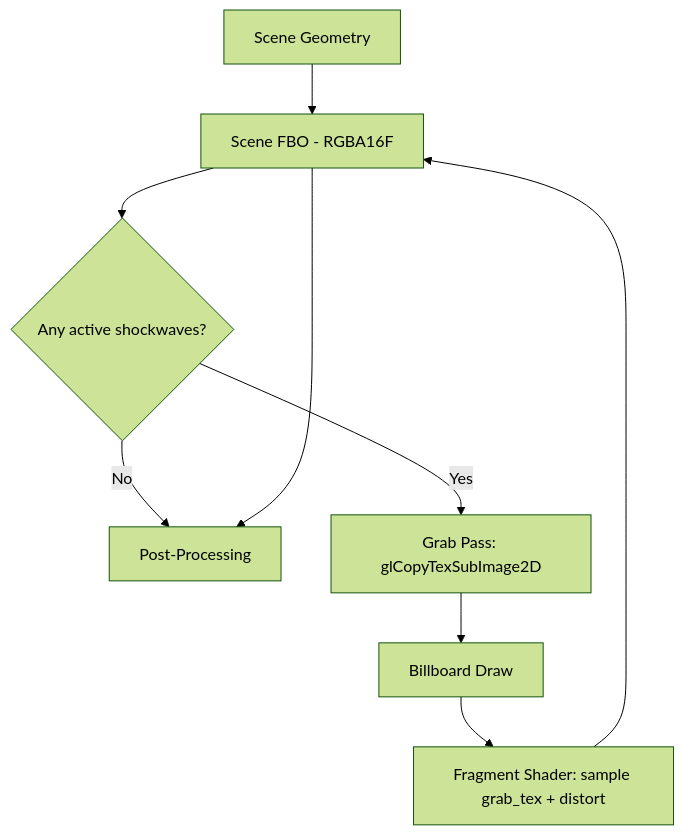
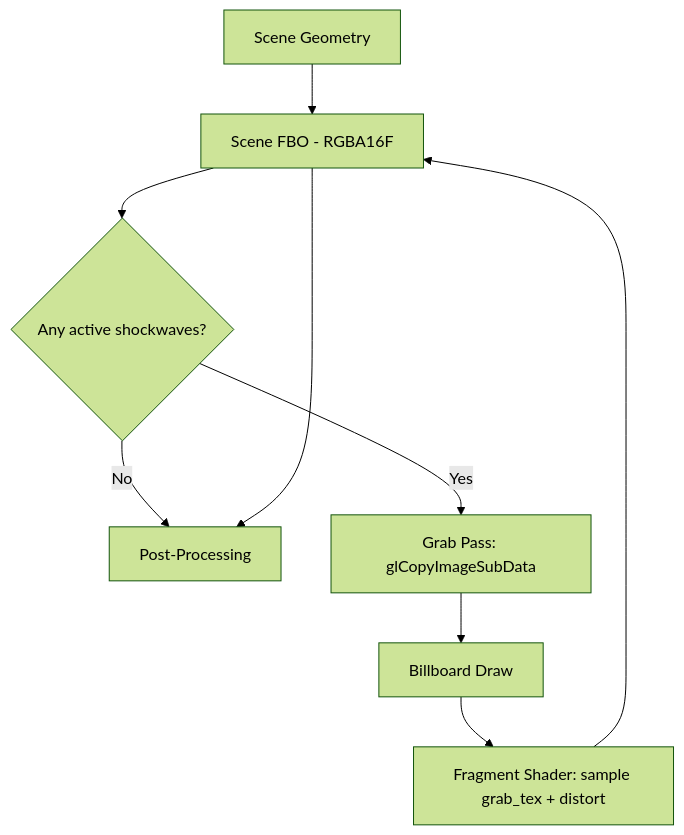
Before and after one commit to yoyonel/suckless-ogl: the diagram in docs/shockwave_lensing.md, drawn with Mermaid (forest theme). The commit also changed other lines of this file and 1 other file, not shown here.

First line of the commit message:
docs(shockwave): update grab pass docs for glCopyImageSubData

````diff
--- a/docs/shockwave_lensing.md
+++ b/docs/shockwave_lensing.md
@@ -13,11 +13,11 @@
 ```mermaid
 graph TD
     A[Scene Geometry] --> B[Scene FBO - RGBA16F]
     B --> C{Any active shockwaves?}
     C -->|No| E[Post-Processing]
-    C -->|Yes| D[Grab Pass: glCopyTexSubImage2D]
+    C -->|Yes| D[Grab Pass: glCopyImageSubData]
     D --> F[Billboard Draw]
     F --> G[Fragment Shader: sample grab_tex + distort]
     G --> B
     B --> E
 ```
````
